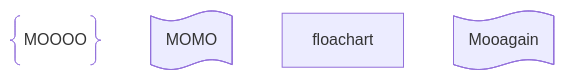
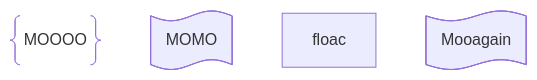
The diagram in slides.md (gerbssusd/dok), drawn with Mermaid before and after one commit.

````diff
--- a/slides.md
+++ b/slides.md
@@ -217,9 +217,9 @@
 ```mermaid
 flowchart TD
     A@{ shape: braces, label: "MOOOO" }
     B@{ shape: flag, label: "MOMO"}
-floachart
+floac
     C@{ shape: flag, label: "Mooagain"}
 
 
 ```
````
